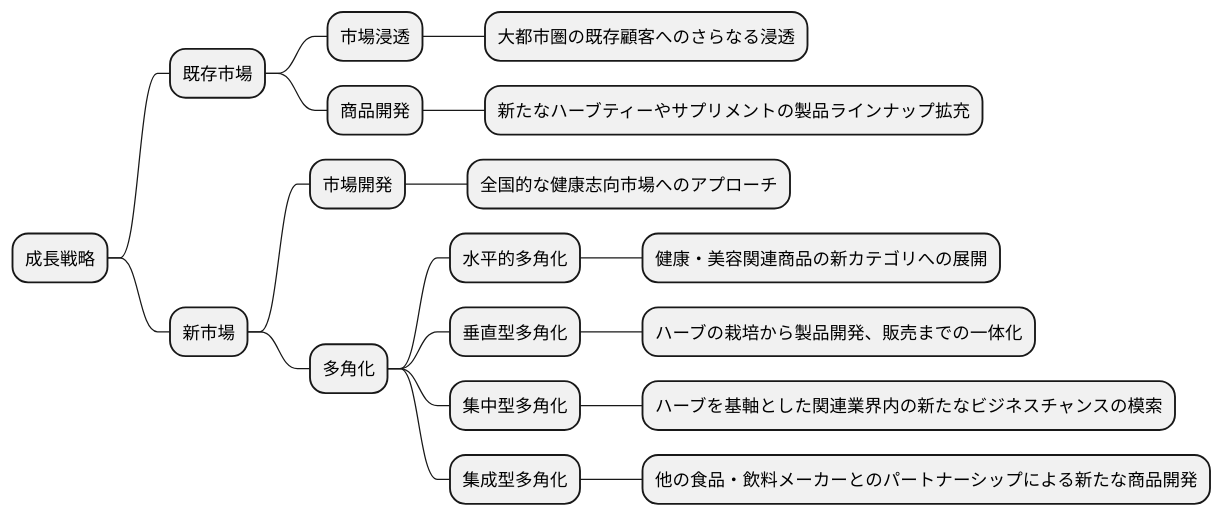
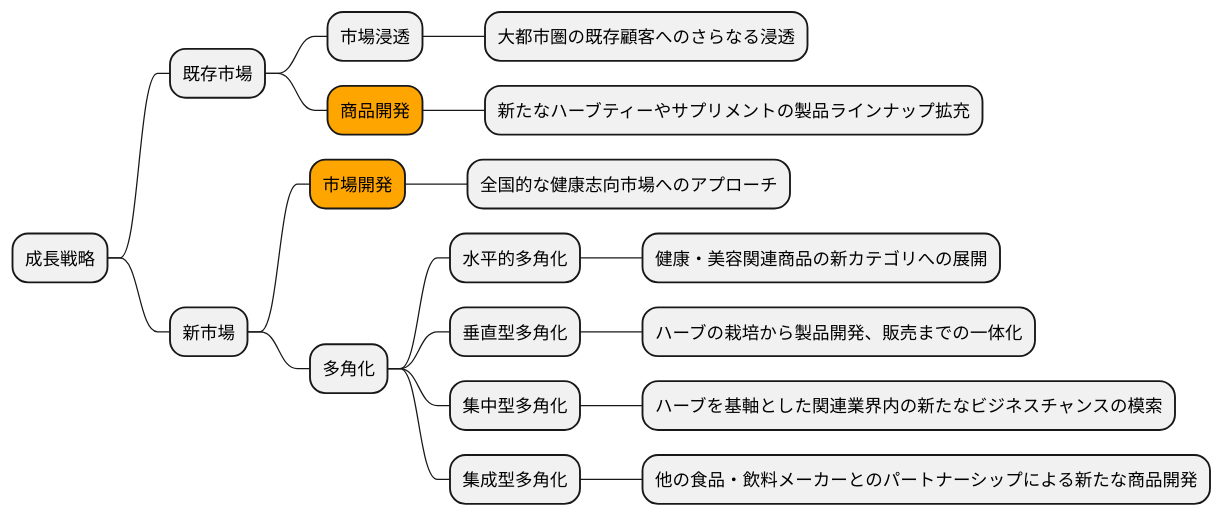
One commit to k2works/case-sutudy-business-analysis changed the sixth of 16 diagrams in docs/case/r02_case_2.adoc. Above: the diagram before and after it, drawn with PlantUML. The commit also changed other lines of this file, not shown here.

```diff
--- a/docs/case/r02_case_2.adoc
+++ b/docs/case/r02_case_2.adoc
@@ -190,25 +192,25 @@
 [plantuml]
 ----
 @startmindmap
 
 * 成長戦略
 ** 既存市場
 *** 市場浸透
 **** 大都市圏の既存顧客へのさらなる浸透
-*** 商品開発
+***[#orange] 商品開発
 **** 新たなハーブティーやサプリメントの製品ラインナップ拡充
 ** 新市場
-*** 市場開発
+***[#orange] 市場開発
 **** 全国的な健康志向市場へのアプローチ
 *** 多角化
 **** 水平的多角化
 ***** 健康・美容関連商品の新カテゴリへの展開
 **** 垂直型多角化
 ***** ハーブの栽培から製品開発、販売までの一体化
 **** 集中型多角化
 ***** ハーブを基軸とした関連業界内の新たなビジネスチャンスの模索
 **** 集成型多角化
 ***** 他の食品・飲料メーカーとのパートナーシップによる新たな商品開発
 
 @endmindmap
 ----
```
